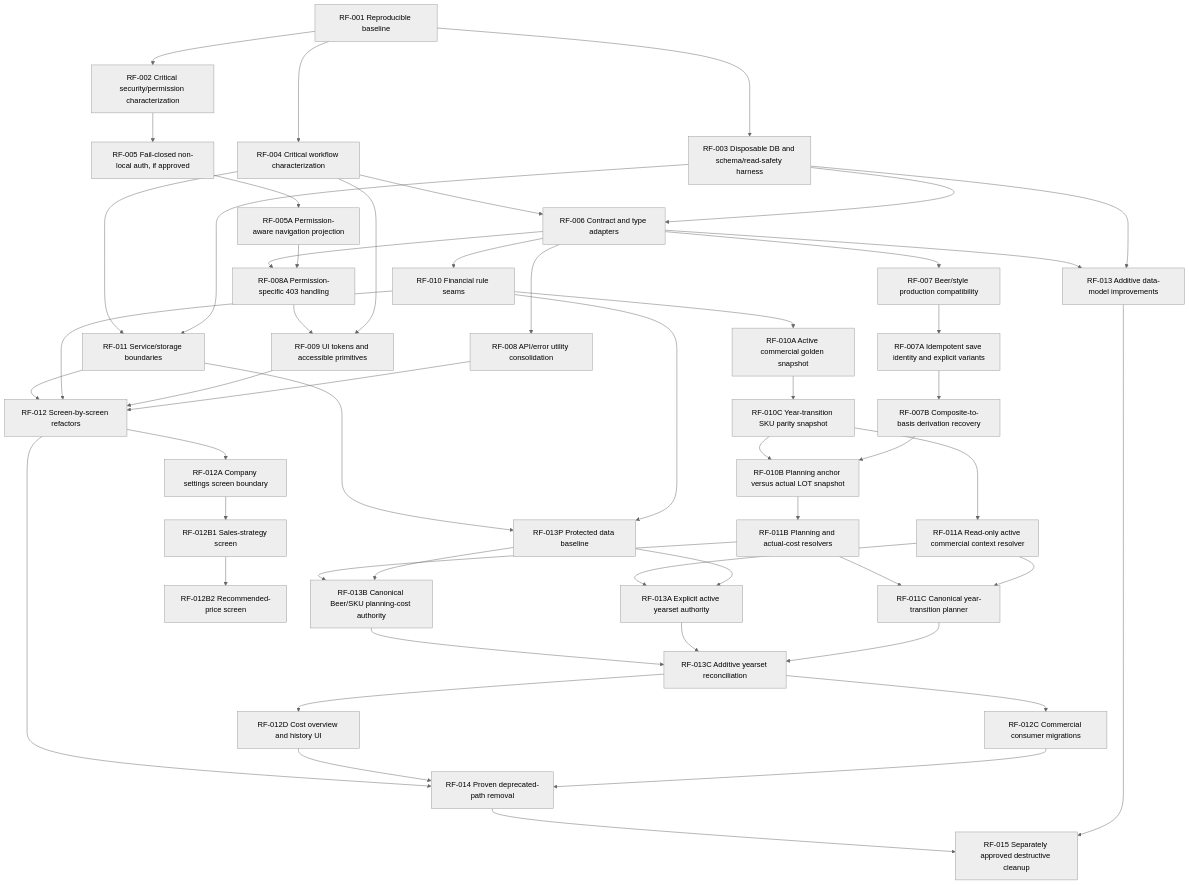
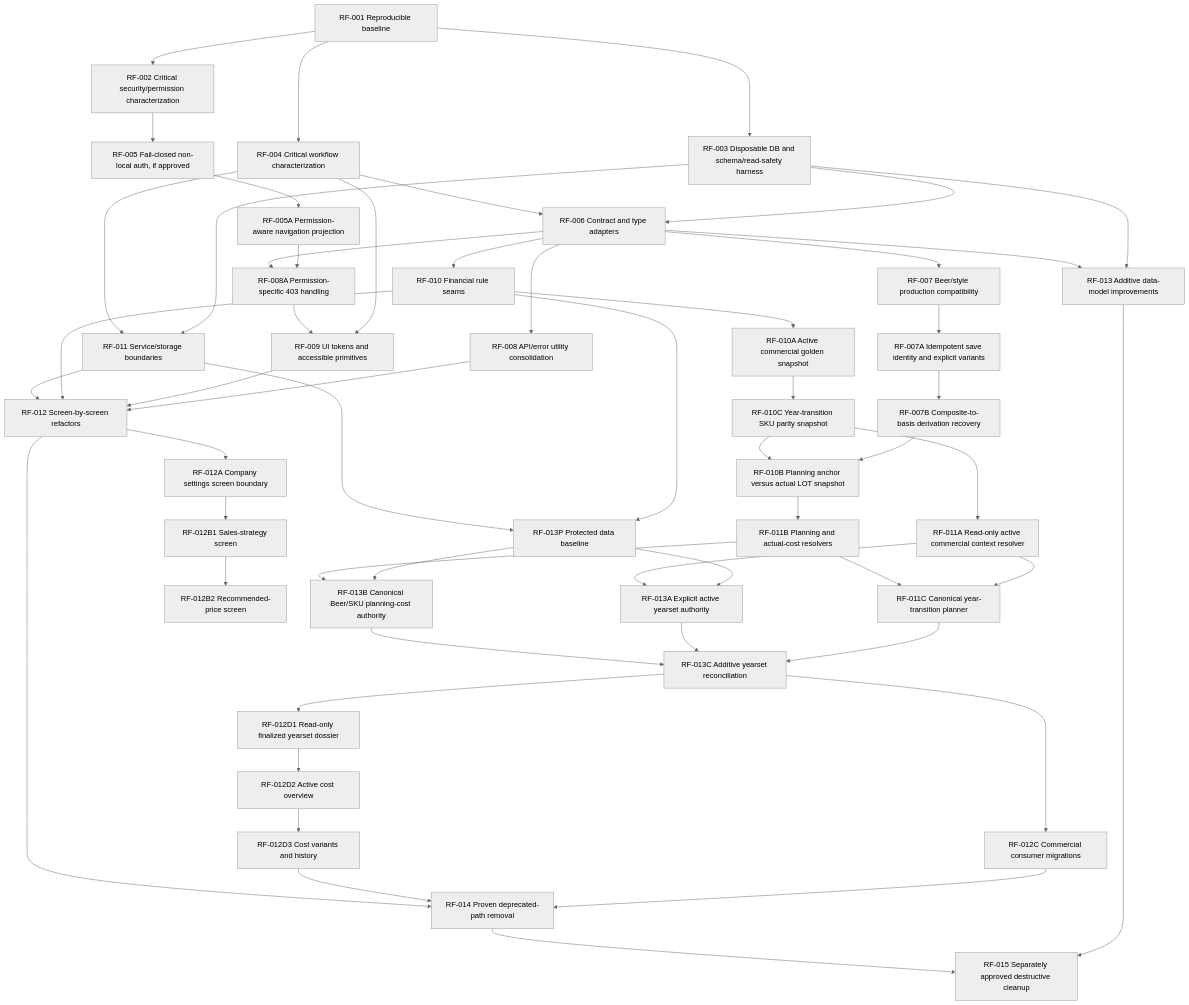
Before and after one commit to berlewaldebier-png/BerlewaldeCalculatietool: the first of 2 diagrams in docs/refactor-analysis/09-refactoring-roadmap.md, drawn with Mermaid (neutral theme). The commit also changed other lines of this file and 11 other files, not shown here.

Commit message:
RF-012D1: add finalized yearset dossier (#59)

````diff
--- a/docs/refactor-analysis/09-refactoring-roadmap.md
+++ b/docs/refactor-analysis/09-refactoring-roadmap.md
@@ -49,54 +49,56 @@
 ```mermaid
 flowchart TD
     R1["RF-001 Reproducible baseline"] --> R2["RF-002 Critical security/permission characterization"]
     R1 --> R3["RF-003 Disposable DB and schema/read-safety harness"]
     R1 --> R4["RF-004 Critical workflow characterization"]
     R2 --> R5["RF-005 Fail-closed non-local auth, if approved"]
     R5 --> R5A["RF-005A Permission-aware navigation projection"]
     R3 --> R6["RF-006 Contract and type adapters"]
     R4 --> R6
     R6 --> R7["RF-007 Beer/style production compatibility"]
     R7 --> R7A["RF-007A Idempotent save identity and explicit variants"]
     R7A --> R7B["RF-007B Composite-to-basis derivation recovery"]
     R6 --> R8["RF-008 API/error utility consolidation"]
     R5A --> R8A["RF-008A Permission-specific 403 handling"]
     R6 --> R8A
     R4 --> R9["RF-009 UI tokens and accessible primitives"]
     R8A --> R9
     R6 --> R10["RF-010 Financial rule seams"]
     R10 --> R10A["RF-010A Active commercial golden snapshot"]
     R10A --> R10C["RF-010C Year-transition SKU parity snapshot"]
     R7B --> R10B["RF-010B Planning anchor versus actual LOT snapshot"]
     R10C --> R10B
     R3 --> R11["RF-011 Service/storage boundaries"]
     R4 --> R11
     R10C --> R11A["RF-011A Read-only active commercial context resolver"]
     R10B --> R11B["RF-011B Planning and actual-cost resolvers"]
     R11A --> R11C["RF-011C Canonical year-transition planner"]
     R11B --> R11C
     R8 --> R12["RF-012 Screen-by-screen refactors"]
     R9 --> R12
     R10 --> R12
     R11 --> R12
     R12 --> R12A["RF-012A Company settings screen boundary"]
     R12A --> R12B1["RF-012B1 Sales-strategy screen"]
     R12B1 --> R12B2["RF-012B2 Recommended-price screen"]
     R3 --> R13["RF-013 Additive data-model improvements"]
     R6 --> R13
     R10 --> R13P["RF-013P Protected data baseline"]
     R11 --> R13P
     R13P --> R13A
     R13P --> R13B
     R11A --> R13A["RF-013A Explicit active yearset authority"]
     R11B --> R13B["RF-013B Canonical Beer/SKU planning-cost authority"]
     R11C --> R13C["RF-013C Additive yearset reconciliation"]
     R13A --> R13C
     R13B --> R13C
     R13C --> R12C["RF-012C Commercial consumer migrations"]
-    R13C --> R12D["RF-012D Cost overview and history UI"]
+    R13C --> R12D1["RF-012D1 Read-only finalized yearset dossier"]
+    R12D1 --> R12D2["RF-012D2 Active cost overview"]
+    R12D2 --> R12D3["RF-012D3 Cost variants and history"]
     R12C --> R14
-    R12D --> R14
+    R12D3 --> R14
     R12 --> R14["RF-014 Proven deprecated-path removal"]
     R13 --> R15["RF-015 Separately approved destructive cleanup"]
     R14 --> R15
 ```
````
